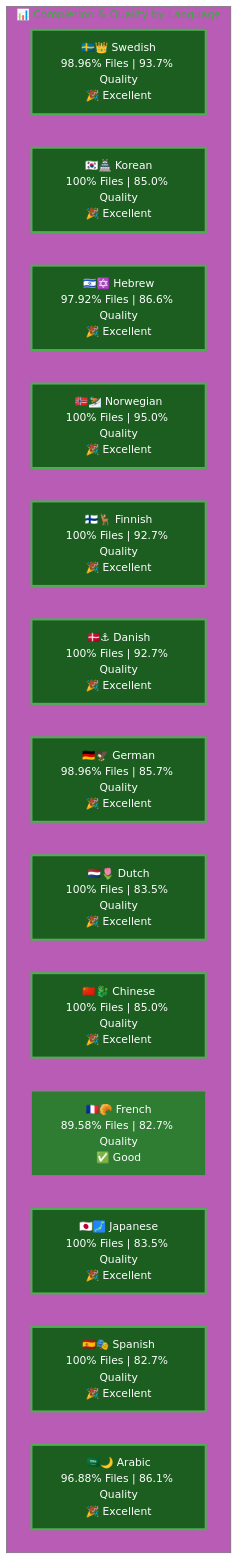
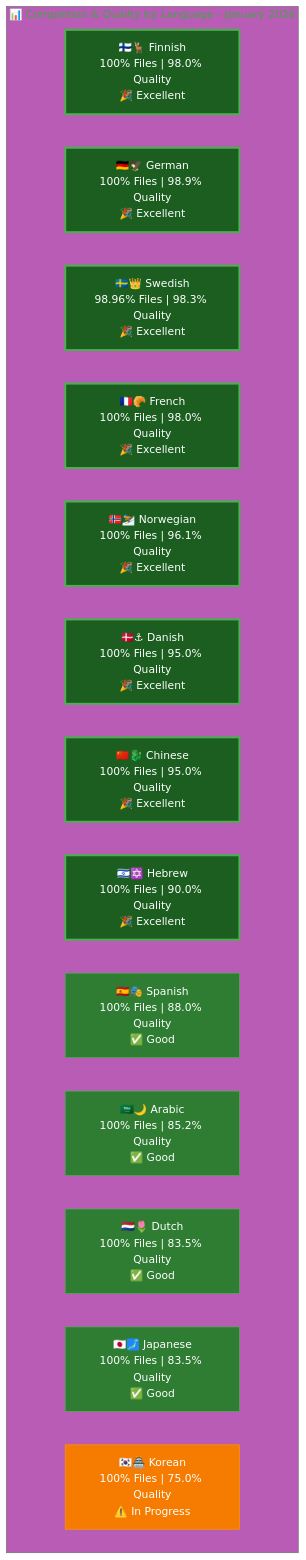
Before and after one commit to Hack23/homepage: the second of 2 diagrams in TRANSLATION_DOCUMENTATION_README.md, drawn with Mermaid. The commit also changed other lines of this file and 1 other file, not shown here.

Commit message:
Update TRANSLATION_DOCUMENTATION_README.md with January 2026 statistics and regenerate sitemap.xml

````diff
--- a/TRANSLATION_DOCUMENTATION_README.md
+++ b/TRANSLATION_DOCUMENTATION_README.md
@@ -258,35 +287,35 @@
 ```mermaid
 %%{init: {'theme':'base', 'themeVariables': { 'primaryColor':'#4CAF50','fontSize':'16px'}}}%%
 graph TB
-    subgraph "📊 Completion & Quality by Language"
-        SV["🇸🇪👑 Swedish<br/>98.96% Files | 93.7% Quality<br/>🎉 Excellent"]
-        KO["🇰🇷🏯 Korean<br/>100% Files | 85.0% Quality<br/>🎉 Excellent"]
-        HE["🇮🇱✡️ Hebrew<br/>97.92% Files | 86.6% Quality<br/>🎉 Excellent"]
+    subgraph "📊 Completion & Quality by Language - January 2026"
+        FI["🇫🇮🦌 Finnish<br/>100% Files | 98.0% Quality<br/>🎉 Excellent"]
+        DE["🇩🇪🦅 German<br/>100% Files | 98.9% Quality<br/>🎉 Excellent"]
+        SV["🇸🇪👑 Swedish<br/>98.96% Files | 98.3% Quality<br/>🎉 Excellent"]
+        FR["🇫🇷🥐 French<br/>100% Files | 98.0% Quality<br/>🎉 Excellent"]
         
-        NO["🇳🇴⛷️ Norwegian<br/>100% Files | 95.0% Quality<br/>🎉 Excellent"]
-        FI["🇫🇮🦌 Finnish<br/>100% Files | 92.7% Quality<br/>🎉 Excellent"]
-        DA["🇩🇰⚓ Danish<br/>100% Files | 92.7% Quality<br/>🎉 Excellent"]
-        DE["🇩🇪🦅 German<br/>98.96% Files | 85.7% Quality<br/>🎉 Excellent"]
+        NO["🇳🇴⛷️ Norwegian<br/>100% Files | 96.1% Quality<br/>🎉 Excellent"]
+        DA["🇩🇰⚓ Danish<br/>100% Files | 95.0% Quality<br/>🎉 Excellent"]
+        ZH["🇨🇳🐉 Chinese<br/>100% Files | 95.0% Quality<br/>🎉 Excellent"]
+        HE["🇮🇱✡️ Hebrew<br/>100% Files | 90.0% Quality<br/>🎉 Excellent"]
         
-        NL["🇳🇱🌷 Dutch<br/>100% Files | 83.5% Quality<br/>🎉 Excellent"]
-        ZH["🇨🇳🐉 Chinese<br/>100% Files | 85.0% Quality<br/>🎉 Excellent"]
-        FR["🇫🇷🥐 French<br/>89.58% Files | 82.7% Quality<br/>✅ Good"]
-        JA["🇯🇵🗾 Japanese<br/>100% Files | 83.5% Quality<br/>🎉 Excellent"]
-        ES["🇪🇸🎭 Spanish<br/>100% Files | 82.7% Quality<br/>🎉 Excellent"]
-        AR["🇸🇦🌙 Arabic<br/>96.88% Files | 86.1% Quality<br/>🎉 Excellent"]
+        ES["🇪🇸🎭 Spanish<br/>100% Files | 88.0% Quality<br/>✅ Good"]
+        AR["🇸🇦🌙 Arabic<br/>100% Files | 85.2% Quality<br/>✅ Good"]
+        NL["🇳🇱🌷 Dutch<br/>100% Files | 83.5% Quality<br/>✅ Good"]
+        JA["🇯🇵🗾 Japanese<br/>100% Files | 83.5% Quality<br/>✅ Good"]
+        KO["🇰🇷🏯 Korean<br/>100% Files | 75.0% Quality<br/>⚠️ In Progress"]
         
+        style FI fill:#1B5E20,stroke:#4CAF50,color:#fff,stroke-width:3px
+        style DE fill:#1B5E20,stroke:#4CAF50,color:#fff,stroke-width:3px
         style SV fill:#1B5E20,stroke:#4CAF50,color:#fff,stroke-width:3px
-        style KO fill:#1B5E20,stroke:#4CAF50,color:#fff,stroke-width:3px
+        style FR fill:#1B5E20,stroke:#4CAF50,color:#fff,stroke-width:3px
+        style NO fill:#1B5E20,stroke:#4CAF50,color:#fff,stroke-width:3px
+        style DA fill:#1B5E20,stroke:#4CAF50,color:#fff,stroke-width:3px
+        style ZH fill:#1B5E20,stroke:#4CAF50,color:#fff,stroke-width:3px
         style HE fill:#1B5E20,stroke:#4CAF50,color:#fff,stroke-width:3px
-        style NO fill:#1B5E20,stroke:#4CAF50,color:#fff,stroke-width:3px
-        style FI fill:#1B5E20,stroke:#4CAF50,color:#fff,stroke-width:3px
-        style DA fill:#1B5E20,stroke:#4CAF50,color:#fff,stroke-width:3px
-        style DE fill:#1B5E20,stroke:#4CAF50,color:#fff,stroke-width:3px
-        style NL fill:#1B5E20,stroke:#4CAF50,color:#fff,stroke-width:3px
-        style AR fill:#1B5E20,stroke:#4CAF50,color:#fff,stroke-width:3px
-        style FR fill:#2E7D32,stroke:#4CAF50,color:#fff
-        style ES fill:#1B5E20,stroke:#4CAF50,color:#fff,stroke-width:3px
-        style ZH fill:#1B5E20,stroke:#4CAF50,color:#fff,stroke-width:3px
-        style JA fill:#1B5E20,stroke:#4CAF50,color:#fff,stroke-width:3px
+        style ES fill:#2E7D32,stroke:#4CAF50,color:#fff
+        style AR fill:#2E7D32,stroke:#4CAF50,color:#fff
+        style NL fill:#2E7D32,stroke:#4CAF50,color:#fff
+        style JA fill:#2E7D32,stroke:#4CAF50,color:#fff
+        style KO fill:#F57C00,stroke:#FF9800,color:#fff
     end
 ```
````
